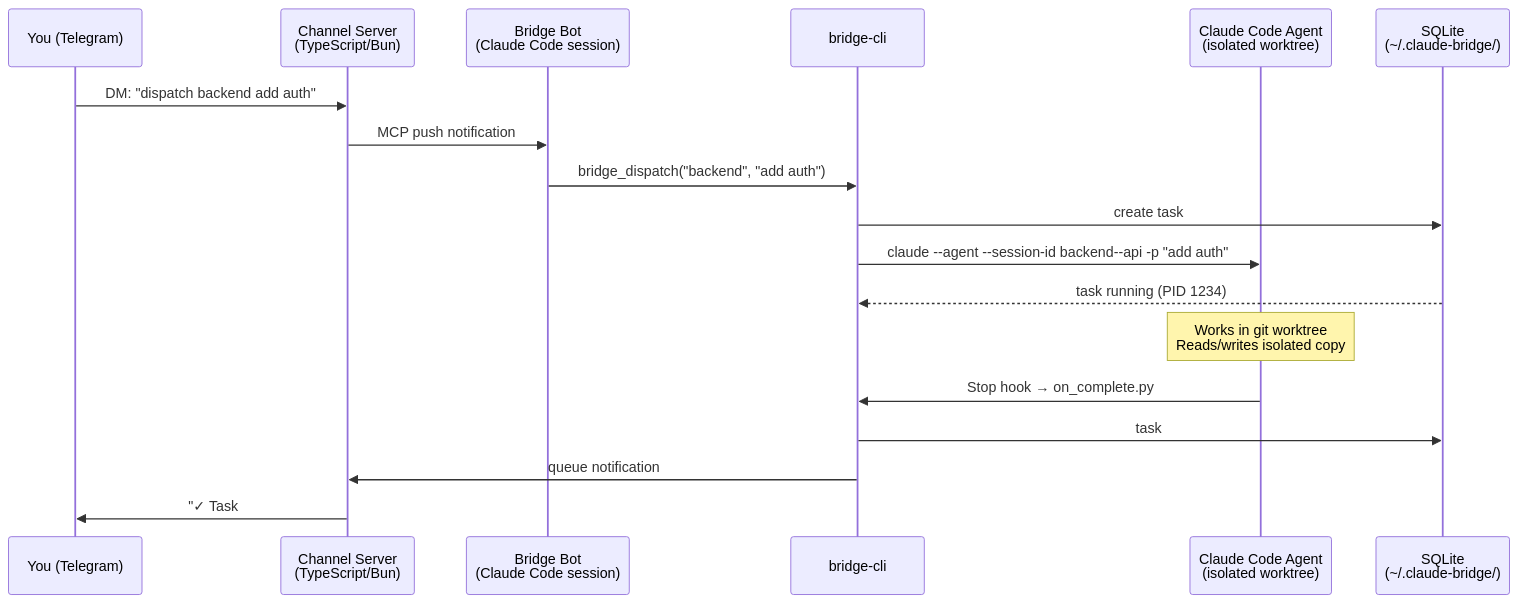
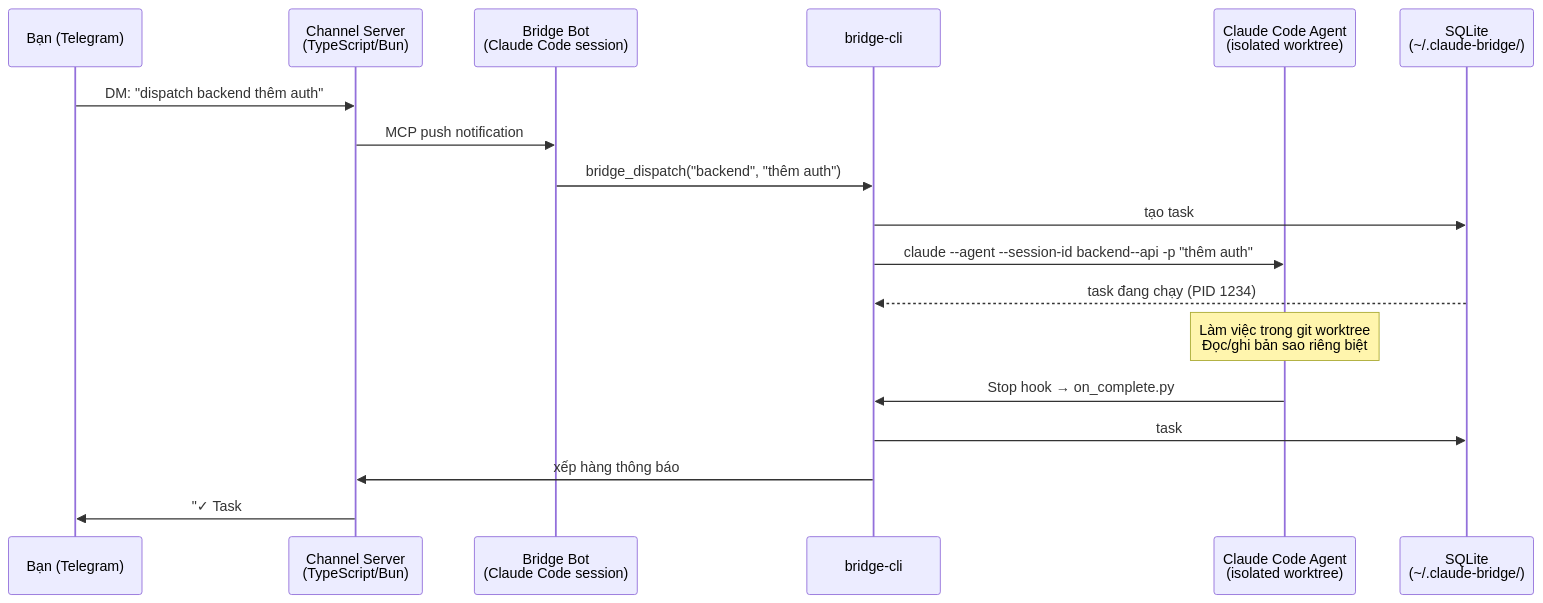
The diagram in README.md (hieutrtr/claude-bridge), drawn with Mermaid before and after one commit. The commit also changed other lines of this file and 2 other files, not shown here.

First line of the commit message:
docs+feat: Vietnamese/English README + improved CLI help

````diff
--- a/README.md
+++ b/README.md
@@ -412,21 +413,21 @@
 ```mermaid
 sequenceDiagram
-    participant You as You (Telegram)
+    participant You as Bạn (Telegram)
     participant CS as Channel Server<br/>(TypeScript/Bun)
     participant Bot as Bridge Bot<br/>(Claude Code session)
     participant CLI as bridge-cli
     participant Agent as Claude Code Agent<br/>(isolated worktree)
     participant DB as SQLite<br/>(~/.claude-bridge/)
 
-    You->>CS: DM: "dispatch backend add auth"
+    You->>CS: DM: "dispatch backend thêm auth"
     CS->>Bot: MCP push notification
-    Bot->>CLI: bridge_dispatch("backend", "add auth")
-    CLI->>DB: create task #42 (pending)
-    CLI->>Agent: claude --agent --session-id backend--api -p "add auth"
-    DB-->>CLI: task running (PID 1234)
-    Note over Agent: Works in git worktree<br/>Reads/writes isolated copy
+    Bot->>CLI: bridge_dispatch("backend", "thêm auth")
+    CLI->>DB: tạo task #42 (pending)
+    CLI->>Agent: claude --agent --session-id backend--api -p "thêm auth"
+    DB-->>CLI: task đang chạy (PID 1234)
+    Note over Agent: Làm việc trong git worktree<br/>Đọc/ghi bản sao riêng biệt
     Agent->>CLI: Stop hook → on_complete.py
     CLI->>DB: task #42 → done, cost=$0.12
-    CLI->>CS: queue notification
-    CS->>You: "✓ Task #42 (backend) — done in 3m 14s"
+    CLI->>CS: xếp hàng thông báo
+    CS->>You: "✓ Task #42 (backend) — xong trong 3p 14s"
 ```
````
